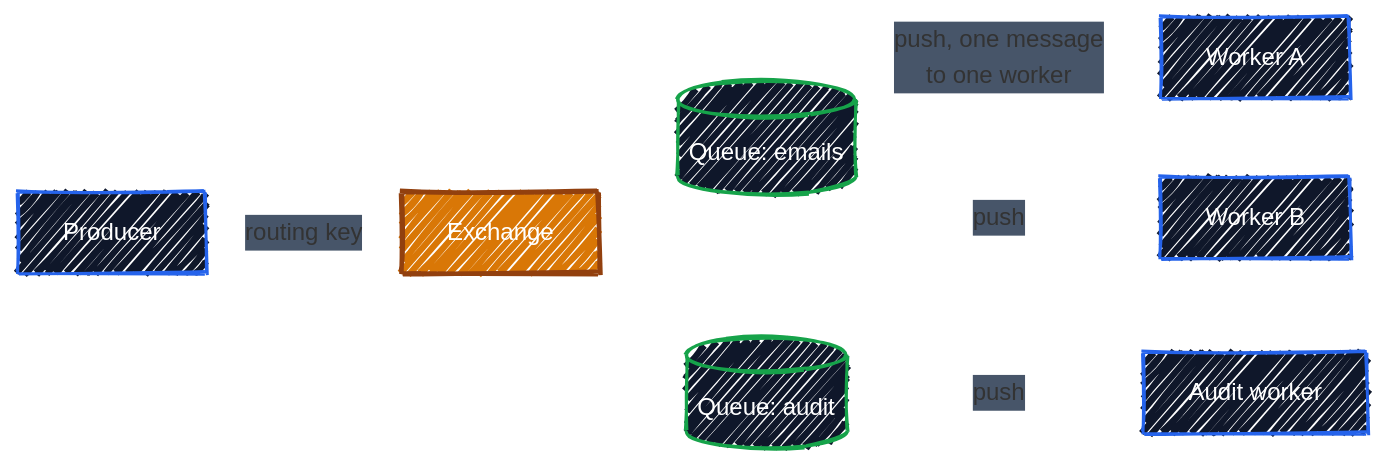
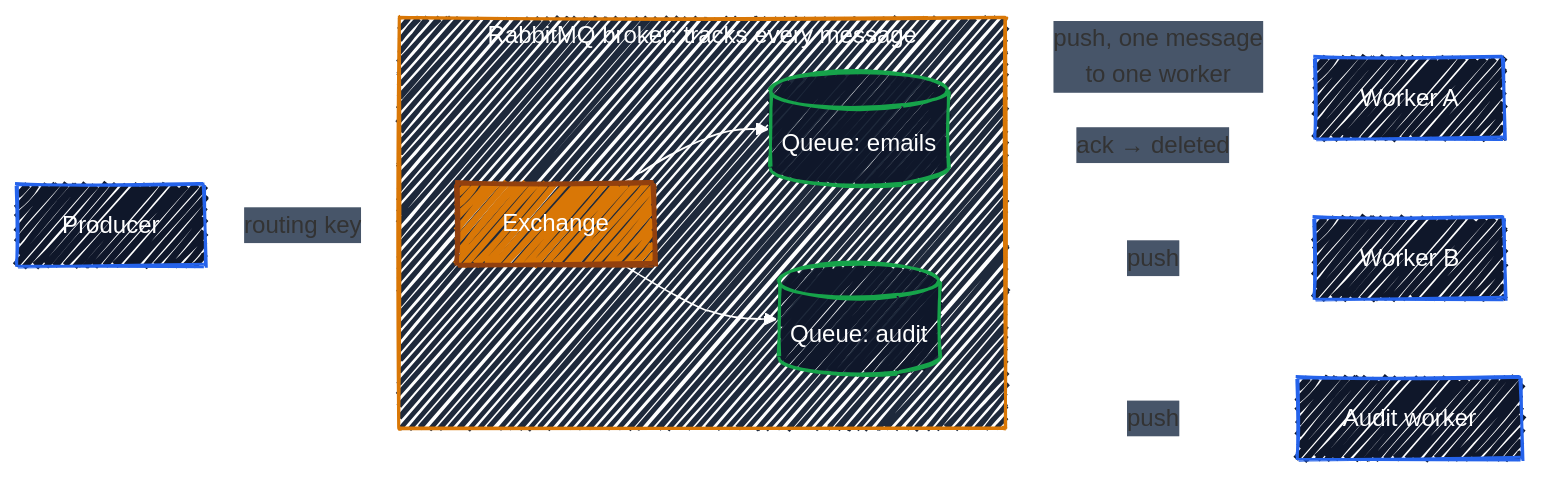
One commit to r97221004/BK-interview changed the first of 2 diagrams in docs/architecture-and-scaling/q39-kafka-vs-rabbitmq.md. Above: the diagram before and after it, drawn with Mermaid. The commit also changed other lines of this file, not shown here.

First line of the commit message:
docs: draw the brokers in the Q39 diagrams

````diff
--- a/docs/architecture-and-scaling/q39-kafka-vs-rabbitmq.md
+++ b/docs/architecture-and-scaling/q39-kafka-vs-rabbitmq.md
@@ -53,27 +53,34 @@
 ```mermaid
 ---
 config:
   look: handDrawn
   theme: default
   themeVariables:
     fontFamily: '"Comic Sans MS", "Comic Sans", "Segoe Print", "Bradley Hand", cursive'
     lineColor: '#FFFFFF'
     edgeLabelBackground: '#475569'
   themeCSS: |
     .edgeLabel, .edgeLabel p, .edgeLabel span { color: #FFFFFF !important; }
+    .cluster-label, .cluster-label p, .cluster-label span { color: #FFFFFF !important; }
 ---
 flowchart LR
-    p["Producer"] -->|"routing key"| ex["Exchange"]
-    ex --> q1[("Queue: emails")]
-    ex --> q2[("Queue: audit")]
+    p["Producer"] -->|"routing key"| ex
+    subgraph broker["RabbitMQ broker: tracks every message"]
+        direction LR
+        ex["Exchange"] --> q1[("Queue: emails")]
+        ex --> q2[("Queue: audit")]
+    end
     q1 -->|"push, one message<br/>to one worker"| w1["Worker A"]
     q1 -->|"push"| w2["Worker B"]
     q2 -->|"push"| w3["Audit worker"]
+    w1 -.->|"ack → deleted"| q1
+
+    style broker fill:#1E293B,stroke:#D97706,stroke-width:2px,color:#FFFFFF
 
     classDef edgeStyle fill:#0F172A,stroke:#2563EB,stroke-width:2px,color:#FFFFFF
     classDef svcStyle fill:#D97706,stroke:#92400E,stroke-width:3px,color:#FFFFFF
     classDef dataStyle fill:#0F172A,stroke:#16A34A,stroke-width:2px,color:#FFFFFF
     class p,w1,w2,w3 edgeStyle
     class ex svcStyle
     class q1,q2 dataStyle
 ```
````
